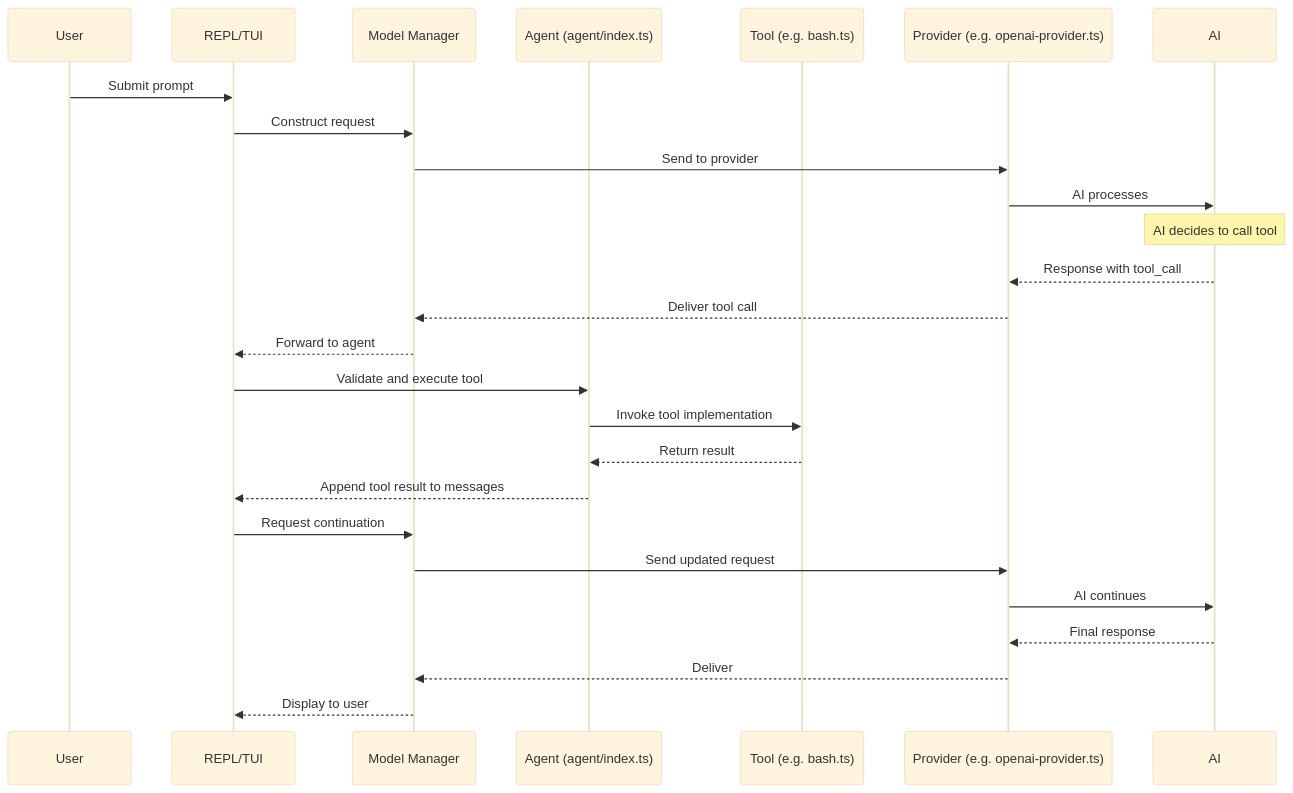
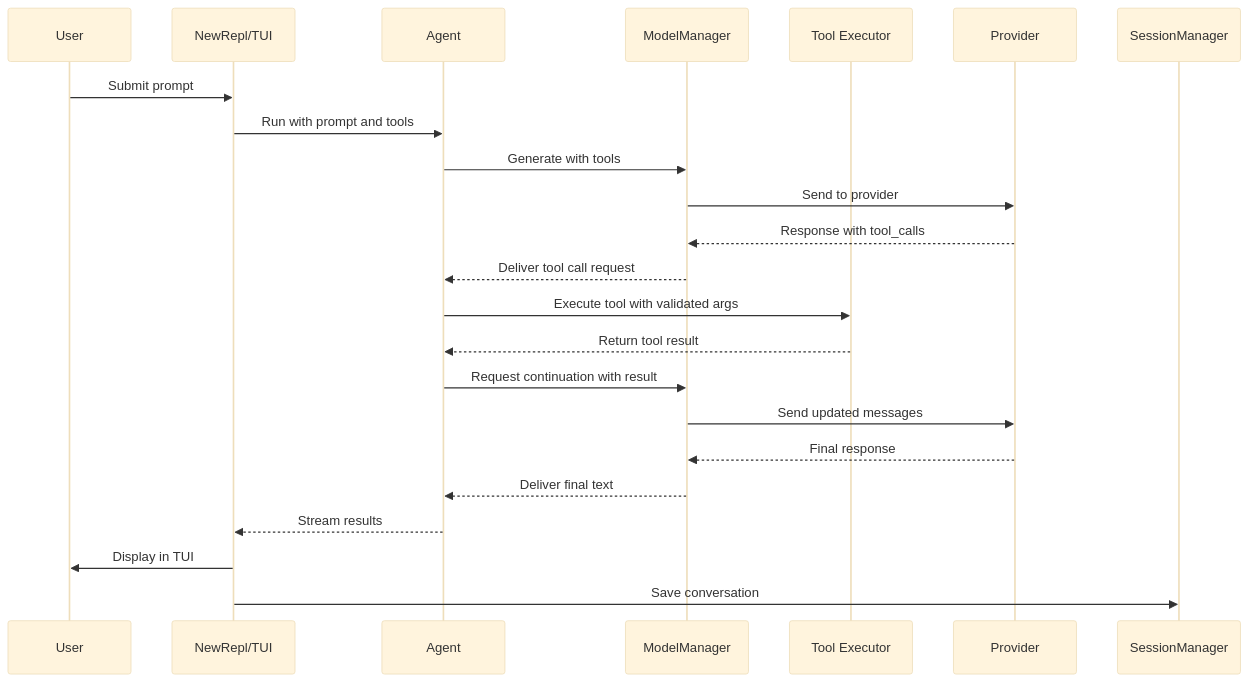
The third of 7 diagrams in ARCHITECTURE.md (travisennis/acai-ts), drawn with Mermaid (base theme) before and after one commit. The commit also changed other lines of this file, not shown here.

First line of the commit message:
docs(architecture): update ARCHITECTURE.md to reflect current project state

````diff
--- a/ARCHITECTURE.md
+++ b/ARCHITECTURE.md
@@ -497,28 +564,25 @@
 ```mermaid
 sequenceDiagram
   participant U as User
-  participant R as REPL/TUI
-  participant M as Model Manager
-  participant A as Agent (agent/index.ts)
-  participant T as Tool (e.g. bash.ts)
-  participant P as Provider (e.g. openai-provider.ts)
+  participant R as NewRepl/TUI
+  participant A as Agent
+  participant M as ModelManager
+  participant T as Tool Executor
+  participant P as Provider
 
   U->>R: Submit prompt
-  R->>M: Construct request
+  R->>A: Run with prompt and tools
+  A->>M: Generate with tools
   M->>P: Send to provider
-  P->>AI: AI processes
-  Note over AI: AI decides to call tool
-  AI-->>P: Response with tool_call
-  P-->>M: Deliver tool call
-  M-->>R: Forward to agent
-  R->>A: Validate and execute tool
-  A->>T: Invoke tool implementation
-  T-->>A: Return result
-  A-->>R: Append tool result to messages
-  R->>M: Request continuation
-  M->>P: Send updated request
-  P->>AI: AI continues
-  AI-->>P: Final response
-  P-->>M: Deliver
-  M-->>R: Display to user
+  P-->>M: Response with tool_calls
+  M-->>A: Deliver tool call request
+  A->>T: Execute tool with validated args
+  T-->>A: Return tool result
+  A->>M: Request continuation with result
+  M->>P: Send updated messages
+  P-->>M: Final response
+  M-->>A: Deliver final text
+  A-->>R: Stream results
+  R->>U: Display in TUI
+  R->>SessionManager: Save conversation
 ```
````
